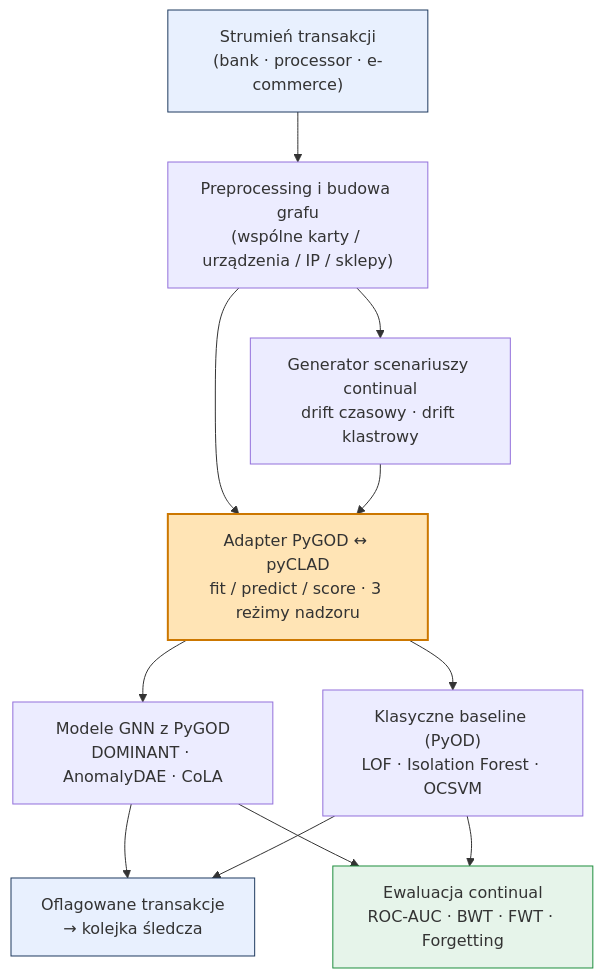
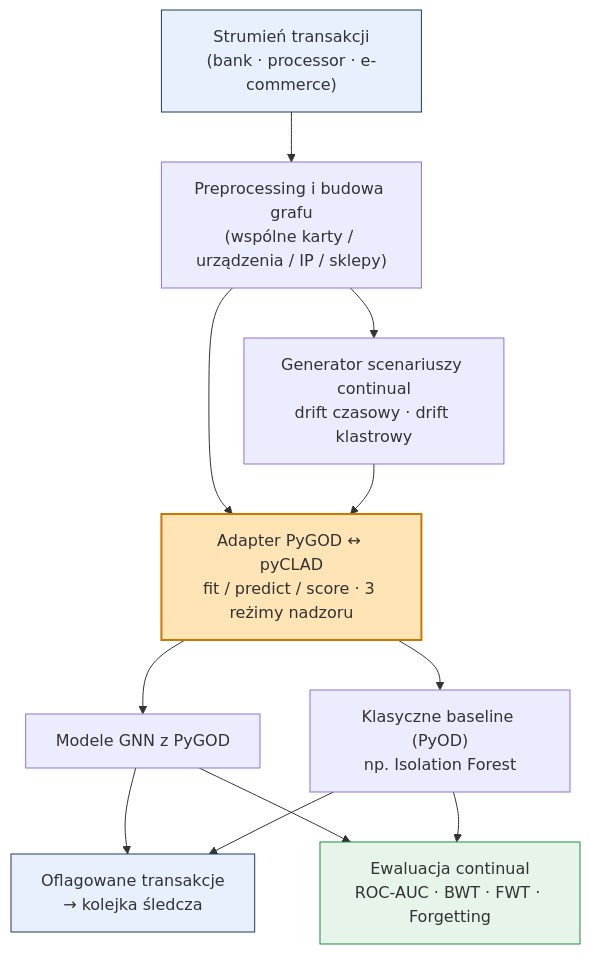
Before and after one commit to franciszekjob/continual-graph-fraud-detection: the diagram in README.md, drawn with Mermaid. The commit also changed other lines of this file, not shown here.

````diff
--- a/README.md
+++ b/README.md
@@ -63,29 +64,29 @@
 ```mermaid
 flowchart TD
     S["Strumień transakcji<br/>(bank · processor · e-commerce)"]
     A["Preprocessing i budowa grafu<br/>(wspólne karty / urządzenia / IP / sklepy)"]
     C["Generator scenariuszy continual<br/>drift czasowy · drift klastrowy"]
     D["Adapter PyGOD ↔ pyCLAD<br/>fit / predict / score · 3 reżimy nadzoru"]
-    E["Modele GNN z PyGOD<br/>DOMINANT · AnomalyDAE · CoLA"]
-    F["Klasyczne baseline (PyOD)<br/>LOF · Isolation Forest · OCSVM"]
+    E["Modele GNN z PyGOD"]
+    F["Klasyczne baseline (PyOD)<br/>np. Isolation Forest"]
     G["Oflagowane transakcje<br/>→ kolejka śledcza"]
     H["Ewaluacja continual<br/>ROC-AUC · BWT · FWT · Forgetting"]
 
     S --> A
     A --> C
     A --> D
     C --> D
     D --> E
     D --> F
     E --> G
     F --> G
     E --> H
     F --> H
 
     classDef adapter fill:#ffe4b5,stroke:#cc7700,stroke-width:2px;
     classDef io fill:#e8f0fe,stroke:#1f3a5f;
     classDef eval fill:#e6f4ea,stroke:#1e8e3e;
     class D adapter;
     class S,G io;
     class H eval;
 ```
````
